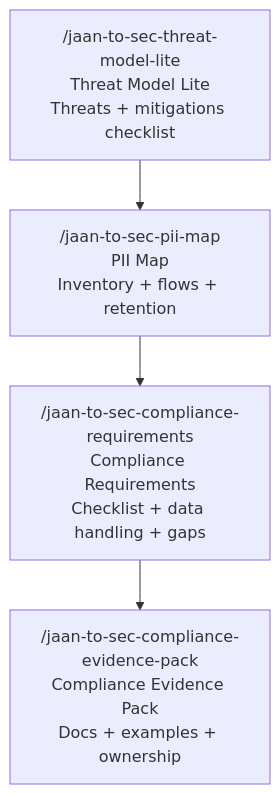
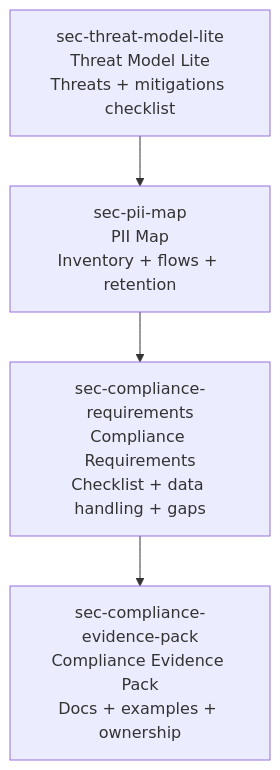
Before and after one commit to parhumm/jaan-to: the diagram in roadmaps/jaan-to/tasks/role-skills/sec.md, drawn with Mermaid. The commit also changed 10 other files, not shown here.

First line of the commit message:
fix(roadmap): Fix Mermaid userflow schemas across all 11 role-skills files

````diff
--- a/roadmaps/jaan-to/tasks/role-skills/sec.md
+++ b/roadmaps/jaan-to/tasks/role-skills/sec.md
@@ -9,6 +9,6 @@
 ```mermaid
 flowchart TD
-    jaan-to-sec-threat-model-lite["/jaan-to-sec-threat-model-lite\nThreat Model Lite\nThreats + mitigations checklist"] --> jaan-to-sec-pii-map["/jaan-to-sec-pii-map\nPII Map\nInventory + flows + retention"]
-    jaan-to-sec-pii-map["/jaan-to-sec-pii-map\nPII Map\nInventory + flows + retention"] --> jaan-to-sec-compliance-requirements["/jaan-to-sec-compliance-requirements\nCompliance Requirements\nChecklist + data handling + gaps"]
-    jaan-to-sec-compliance-requirements["/jaan-to-sec-compliance-requirements\nCompliance Requirements\nChecklist + data handling + gaps"] --> jaan-to-sec-compliance-evidence-pack["/jaan-to-sec-compliance-evidence-pack\nCompliance Evidence Pack\nDocs + examples + ownership"]
+    jaan-to-sec-threat-model-lite["sec-threat-model-lite<br>Threat Model Lite<br>Threats + mitigations checklist"] --> jaan-to-sec-pii-map["sec-pii-map<br>PII Map<br>Inventory + flows + retention"]
+    jaan-to-sec-pii-map["sec-pii-map<br>PII Map<br>Inventory + flows + retention"] --> jaan-to-sec-compliance-requirements["sec-compliance-requirements<br>Compliance Requirements<br>Checklist + data handling + gaps"]
+    jaan-to-sec-compliance-requirements["sec-compliance-requirements<br>Compliance Requirements<br>Checklist + data handling + gaps"] --> jaan-to-sec-compliance-evidence-pack["sec-compliance-evidence-pack<br>Compliance Evidence Pack<br>Docs + examples + ownership"]
 ```
````
